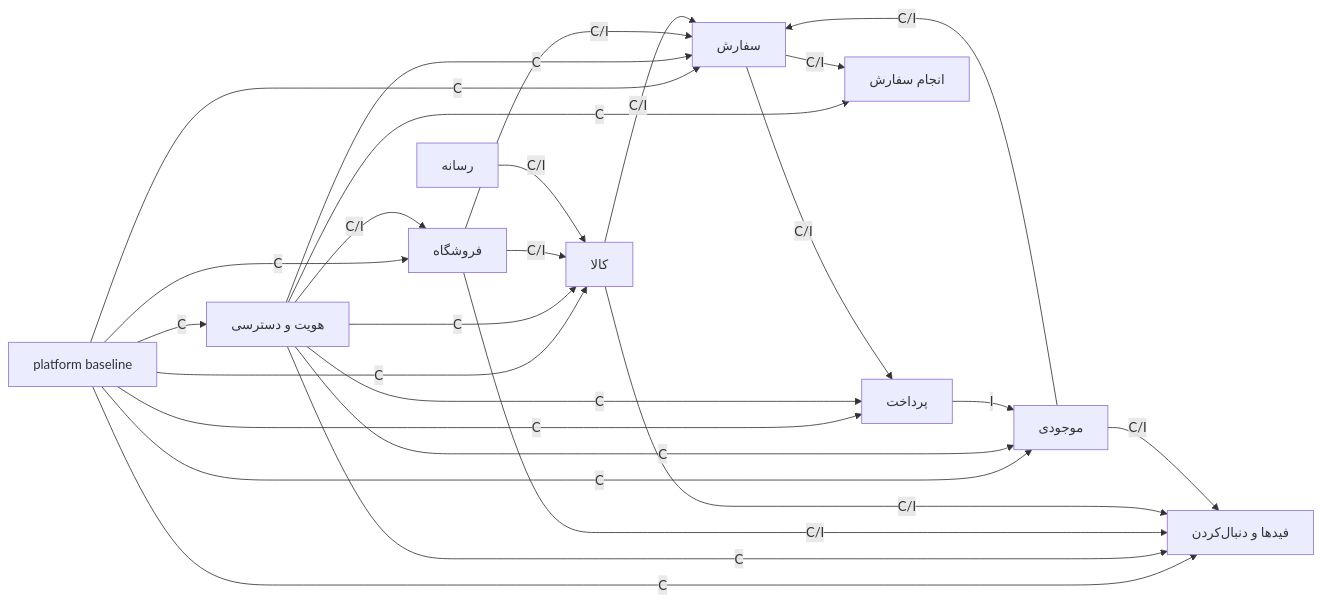
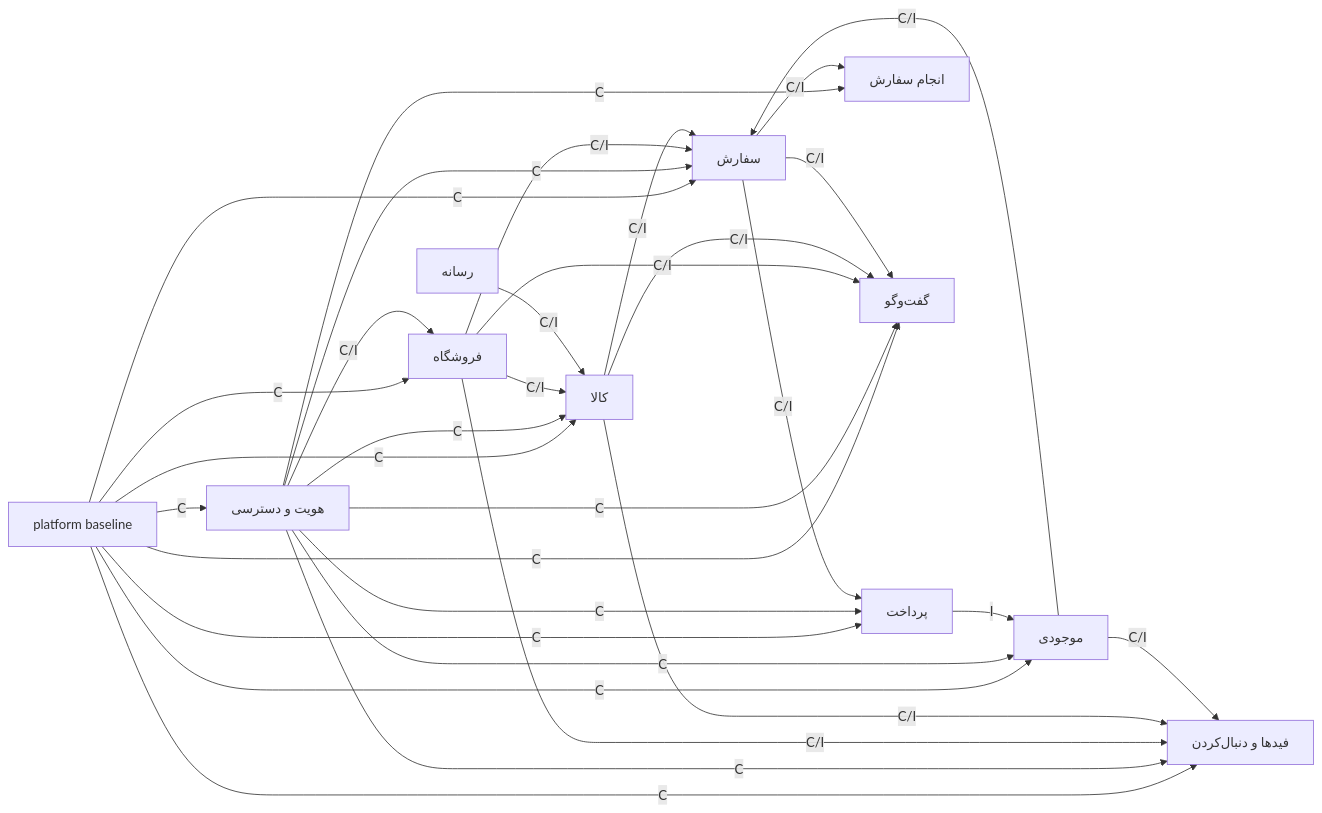
Before and after one commit to Mahaan-Amr/sevomart: the diagram in docs/architecture/v1-contract-dependency-graph.md, drawn with Mermaid. The commit also changed other lines of this file and 6 other files, not shown here.

````diff
--- a/docs/architecture/v1-contract-dependency-graph.md
+++ b/docs/architecture/v1-contract-dependency-graph.md
@@ -138,39 +154,45 @@
 ```mermaid
 flowchart LR
   P[platform baseline]
   IA[هویت و دسترسی]
   S[فروشگاه]
   M[رسانه]
   C[کالا]
   I[موجودی]
   O[سفارش]
   Pay[پرداخت]
   F[فیدها و دنبال‌کردن]
   Ful[انجام سفارش]
+  Conv[گفت‌وگو]
 
   P -->|C| IA
   P -->|C| S
   P -->|C| C
   P -->|C| I
   P -->|C| O
   P -->|C| Pay
   P -->|C| F
+  P -->|C| Conv
   IA -->|C/I| S
   IA -->|C| C
   IA -->|C| I
   IA -->|C| O
   IA -->|C| Pay
   IA -->|C| F
   IA -->|C| Ful
+  IA -->|C| Conv
   S -->|C/I| C
   M -->|C/I| C
   S -->|C/I| O
   C -->|C/I| O
   I -->|C/I| O
   O -->|C/I| Pay
   Pay -->|I| I
   S -->|C/I| F
   C -->|C/I| F
   I -->|C/I| F
   O -->|C/I| Ful
+  S -->|C/I| Conv
+  C -->|C/I| Conv
+  O -->|C/I| Conv
 ```
````
